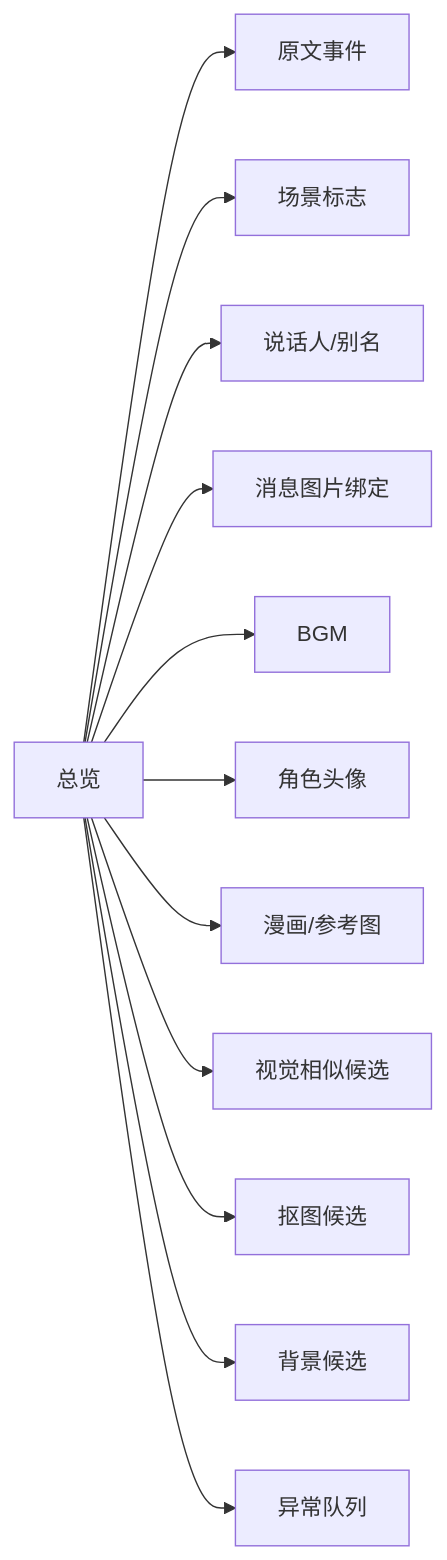
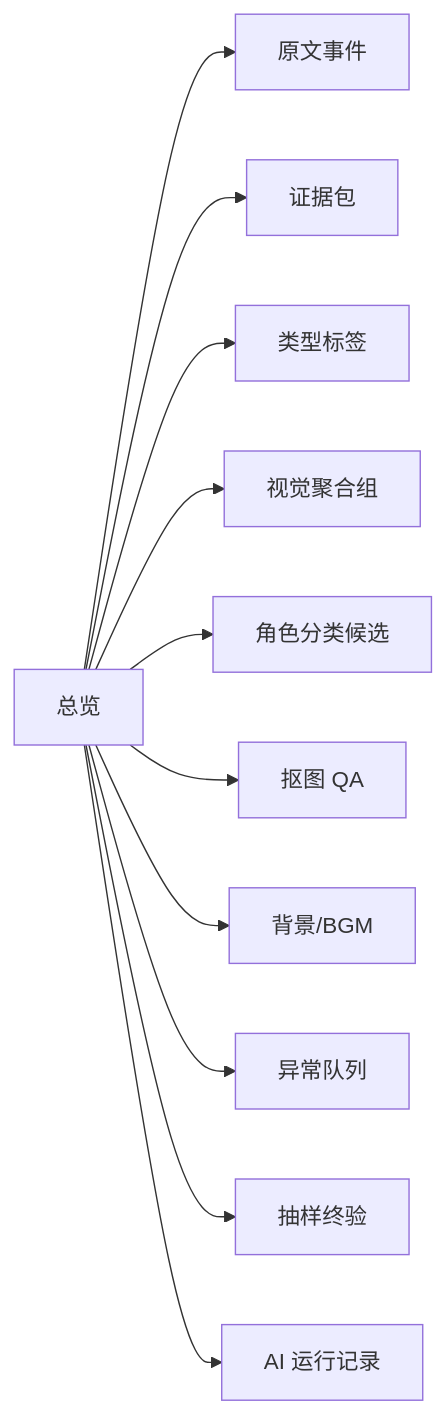
Before and after one commit to starrybamboo/tuan-chat-web: diagram 14 of 14 in docs/reference/gululu-replay-data-cleaning-review.md, drawn with Mermaid. The commit also changed other lines of this file, not shown here.

````diff
--- a/docs/reference/gululu-replay-data-cleaning-review.md
+++ b/docs/reference/gululu-replay-data-cleaning-review.md
@@ -1220,14 +1535,13 @@
 ```mermaid
 flowchart LR
   A["总览"] --> B["原文事件"]
-  A --> C["场景标志"]
-  A --> D["说话人/别名"]
-  A --> E["消息图片绑定"]
-  A --> F["BGM"]
-  A --> G["角色头像"]
-  A --> H["漫画/参考图"]
-  A --> I["视觉相似候选"]
-  A --> J["抠图候选"]
-  A --> K["背景候选"]
-  A --> L["异常队列"]
+  A --> C["证据包"]
+  A --> D["类型标签"]
+  A --> E["视觉聚合组"]
+  A --> F["角色分类候选"]
+  A --> G["抠图 QA"]
+  A --> H["背景/BGM"]
+  A --> I["异常队列"]
+  A --> J["抽样终验"]
+  A --> K["AI 运行记录"]
 ```
````
